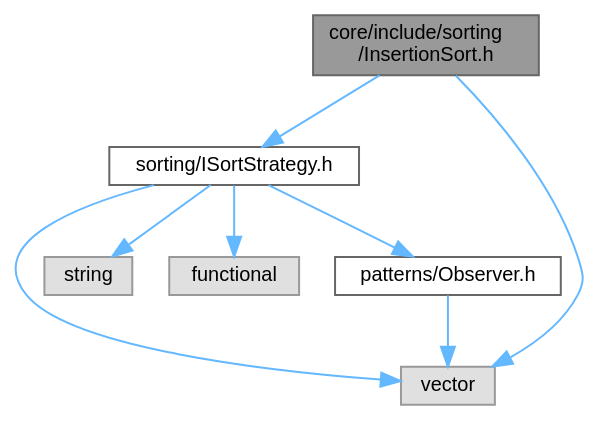
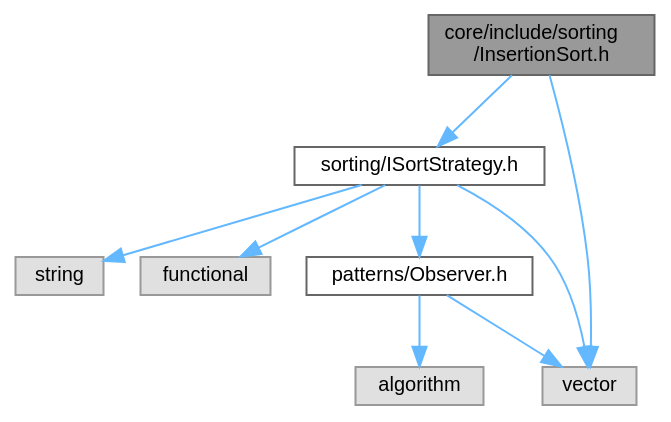
The diagram in InsertionSort_8h__incl.dot (wwerniss/algorithms-benchmark), drawn with Graphviz before and after one commit. The commit also changed 287 other files, not shown here.

```diff
--- a/InsertionSort_8h__incl.dot
+++ b/InsertionSort_8h__incl.dot
@@ -1,20 +1,22 @@
 digraph "core/include/sorting/InsertionSort.h"
 {
  // LATEX_PDF_SIZE
   bgcolor="transparent";
   edge [fontname=Helvetica,fontsize=10,labelfontname=Helvetica,labelfontsize=10];
   node [fontname=Helvetica,fontsize=10,shape=box,height=0.2,width=0.4];
   Node1 [id="Node000001",label="core/include/sorting\l/InsertionSort.h",height=0.2,width=0.4,color="gray40", fillcolor="grey60", style="filled", fontcolor="black",tooltip=" "];
   Node1 -> Node2 [id="edge1_Node000001_Node000002",color="steelblue1",style="solid",tooltip=" "];
   Node2 [id="Node000002",label="sorting/ISortStrategy.h",height=0.2,width=0.4,color="grey40", fillcolor="white", style="filled",URL="$ISortStrategy_8h.html",tooltip=" "];
   Node2 -> Node3 [id="edge2_Node000002_Node000003",color="steelblue1",style="solid",tooltip=" "];
   Node3 [id="Node000003",label="vector",height=0.2,width=0.4,color="grey60", fillcolor="#E0E0E0", style="filled",tooltip=" "];
   Node2 -> Node4 [id="edge3_Node000002_Node000004",color="steelblue1",style="solid",tooltip=" "];
   Node4 [id="Node000004",label="string",height=0.2,width=0.4,color="grey60", fillcolor="#E0E0E0", style="filled",tooltip=" "];
   Node2 -> Node5 [id="edge4_Node000002_Node000005",color="steelblue1",style="solid",tooltip=" "];
   Node5 [id="Node000005",label="functional",height=0.2,width=0.4,color="grey60", fillcolor="#E0E0E0", style="filled",tooltip=" "];
   Node2 -> Node6 [id="edge5_Node000002_Node000006",color="steelblue1",style="solid",tooltip=" "];
   Node6 [id="Node000006",label="patterns/Observer.h",height=0.2,width=0.4,color="grey40", fillcolor="white", style="filled",URL="$Observer_8h.html",tooltip="Interfaces for the Observer design pattern."];
   Node6 -> Node3 [id="edge6_Node000006_Node000003",color="steelblue1",style="solid",tooltip=" "];
-  Node1 -> Node3 [id="edge7_Node000001_Node000003",color="steelblue1",style="solid",tooltip=" "];
+  Node6 -> Node7 [id="edge7_Node000006_Node000007",color="steelblue1",style="solid",tooltip=" "];
+  Node7 [id="Node000007",label="algorithm",height=0.2,width=0.4,color="grey60", fillcolor="#E0E0E0", style="filled",tooltip=" "];
+  Node1 -> Node3 [id="edge8_Node000001_Node000003",color="steelblue1",style="solid",tooltip=" "];
 }
```
